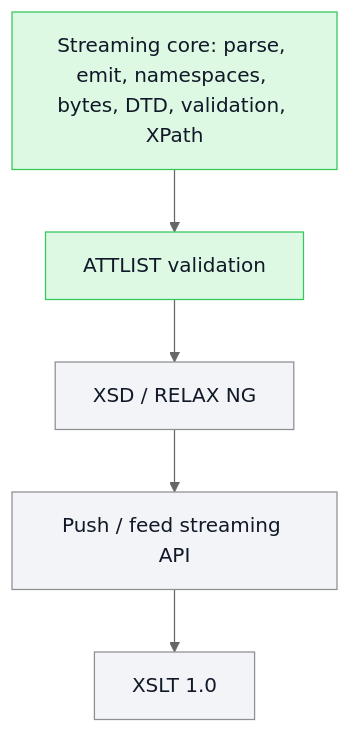
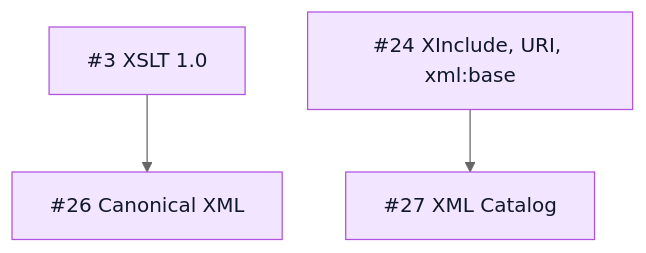
Before and after one commit to mihaelamj/PureXML: the fifth of 5 diagrams in README.md, drawn with Mermaid (neutral theme). The commit also changed other lines of this file, not shown here.

First line of the commit message:
docs(roadmap): track full libxml2 feature parity as epics

````diff
--- a/README.md
+++ b/README.md
@@ -48,16 +113,13 @@
 ```mermaid
 flowchart TB
   classDef done fill:#ddf9e4,stroke:#34c759,color:#111827
   classDef review fill:#fff7d6,stroke:#ffcc00,color:#111827
   classDef epic fill:#f2e5ff,stroke:#af52de,color:#111827
   classDef todo fill:#f2f4f7,stroke:#8e8e93,color:#111827
-  Core["Streaming core: parse, emit, namespaces, bytes, DTD, validation, XPath"]:::done
-  Attlist["ATTLIST validation"]:::done
-  Schema["XSD / RELAX NG"]:::todo
-  Push["Push / feed streaming API"]:::todo
-  Xslt["XSLT 1.0"]:::todo
-  Core --> Attlist
-  Attlist --> Schema
-  Schema --> Push
-  Push --> Xslt
+  Xslt["#3 XSLT 1.0"]:::epic
+  XInclude["#24 XInclude, URI, xml:base"]:::epic
+  C14n["#26 Canonical XML"]:::epic
+  Catalog["#27 XML Catalog"]:::epic
+  Xslt --> C14n
+  XInclude --> Catalog
 ```
````
